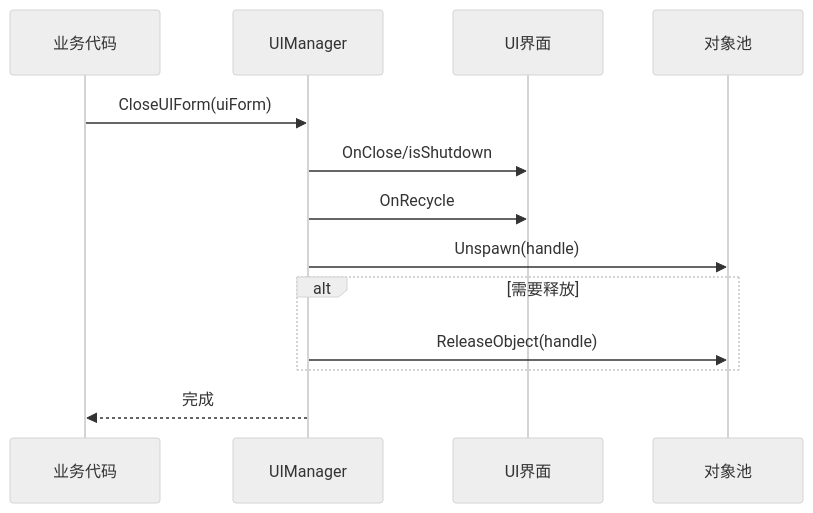
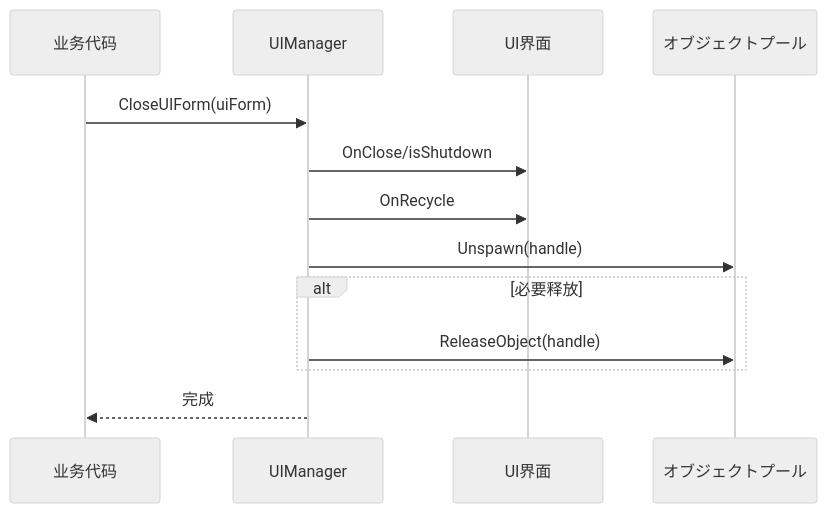
One commit to AlianBlank/GameFrameX.Docs changed the third of 3 diagrams in docs/ja/client/unity/component/ui-ugui/07.ui-manager.md. Above: the diagram before and after it, drawn with Mermaid (neutral theme). The commit also changed other lines of this file and 603 other files, not shown here.

````diff
--- a/docs/ja/client/unity/component/ui-ugui/07.ui-manager.md
+++ b/docs/ja/client/unity/component/ui-ugui/07.ui-manager.md
@@ -121,18 +121,18 @@
 ```mermaid
 sequenceDiagram
     participant Client as 业务代码
     participant UIManager as UIManager
     participant UIForm as UI界面
-    participant Pool as 对象池
+    participant Pool as オブジェクトプール
 
     Client->>UIManager: CloseUIForm(uiForm)
     UIManager->>UIForm: OnClose/isShutdown
     UIManager->>UIForm: OnRecycle
     UIManager->>Pool: Unspawn(handle)
     
-    alt 需要释放
+    alt 必要释放
         UIManager->>Pool: ReleaseObject(handle)
     end
     
     UIManager-->>Client: 完成
 ```
````
